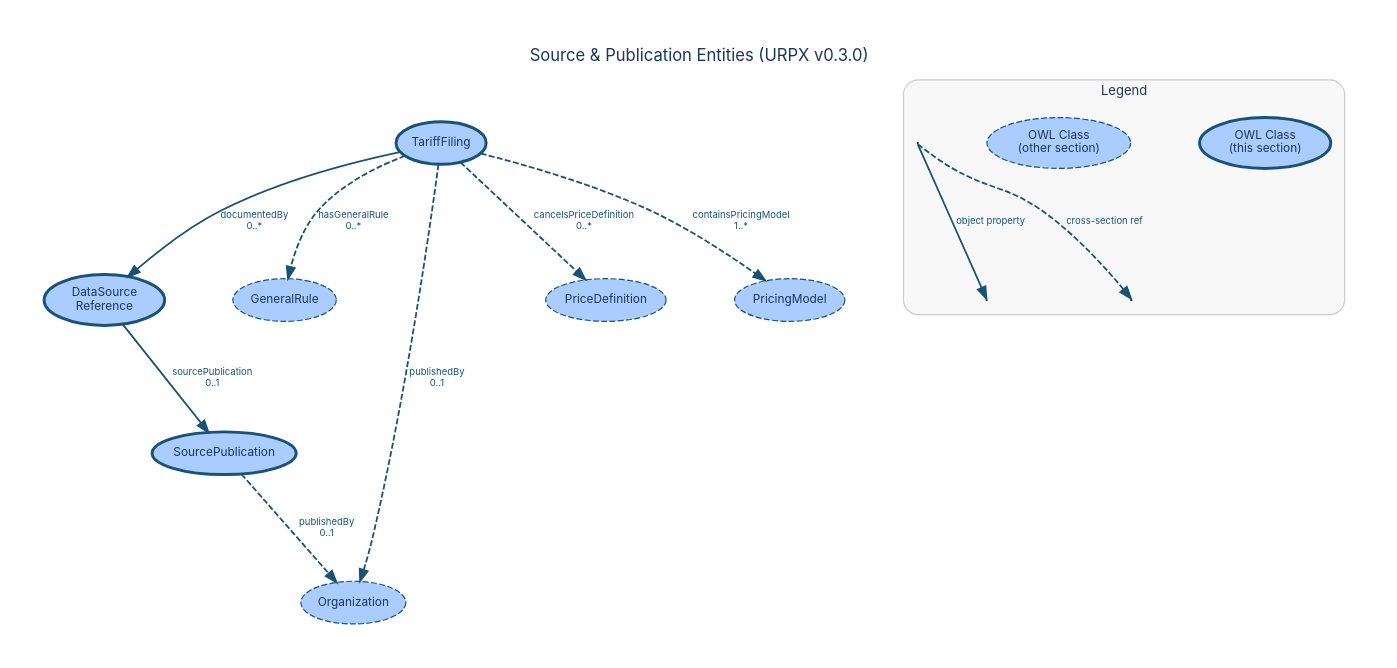
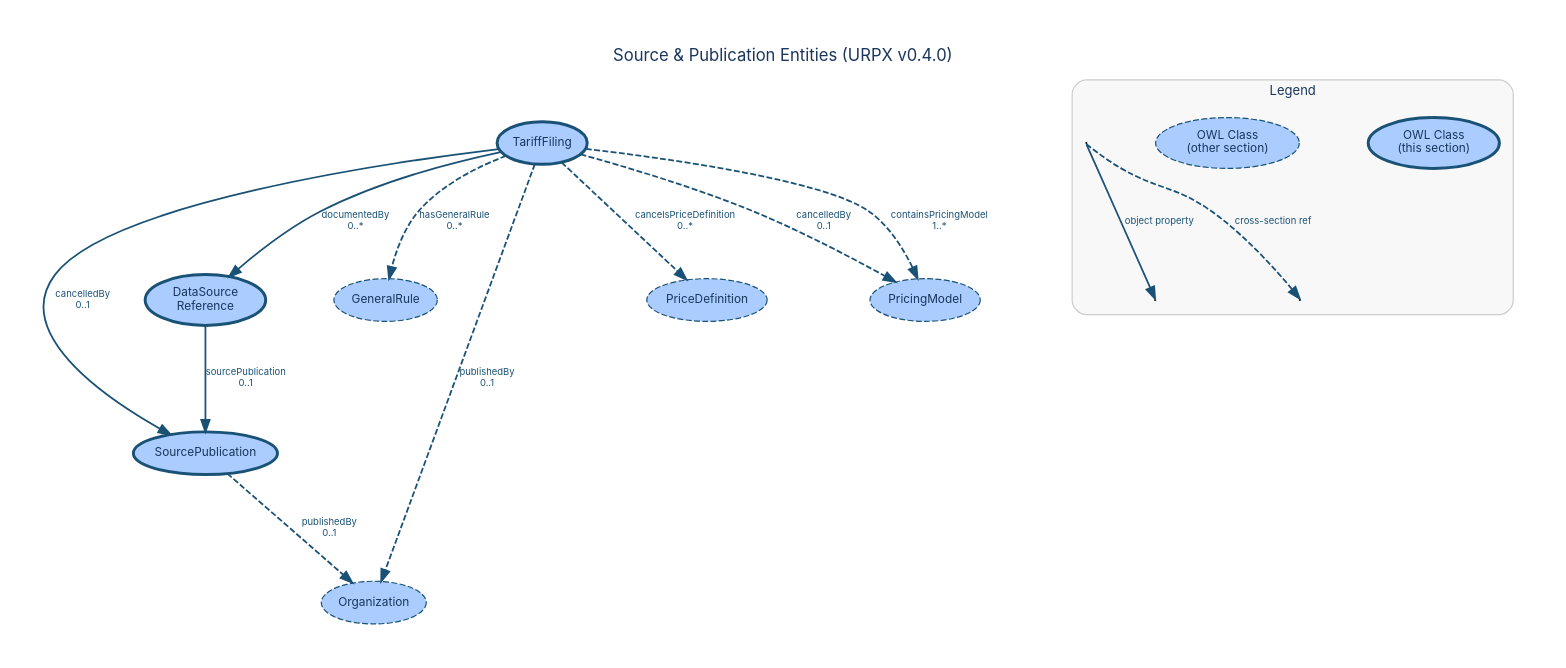
The diagram in documentation/diagrams/dictionary/source-publication-entities.dot (urpx-org/urpx), drawn with Graphviz before and after one commit. The commit also changed 28 other files, not shown here.

```diff
--- a/documentation/diagrams/dictionary/source-publication-entities.dot
+++ b/documentation/diagrams/dictionary/source-publication-entities.dot
@@ -1,89 +1,95 @@
 digraph "Source & Publication Entities" {
     rankdir=TB;
     bgcolor="white";
     pad=0.4;
     nodesep=0.8;
     ranksep=1.0;
     start=42;
     fontname="Inter, Helvetica, Arial, sans-serif";
-    label="Source & Publication Entities (URPX v0.3.0)";
+    label="Source & Publication Entities (URPX v0.4.0)";
     labelloc="t";
     fontsize=14;
     fontcolor="#1a365d";
     node [fontname="Inter, Helvetica, Arial, sans-serif", fontsize=10, style=filled, fontcolor="#1a365d"];
     edge [fontname="Inter, Helvetica, Arial, sans-serif", fontsize=8, fontcolor="#1a365d"];
 
     // Section classes
     SourcePublication [
         label="SourcePublication"
         shape=ellipse, fillcolor="#aaccff", color="#1a5276", penwidth=2.5
     ];
     TariffFiling [
         label="TariffFiling"
         shape=ellipse, fillcolor="#aaccff", color="#1a5276", penwidth=2.5
     ];
     DataSourceReference [
         label="DataSource\nReference"
         shape=ellipse, fillcolor="#aaccff", color="#1a5276", penwidth=2.5
     ];
 
     // Cross-section references
     GeneralRule [
         label="GeneralRule"
         shape=ellipse, fillcolor="#aaccff", color="#1a5276", penwidth=1, style="filled,dashed"
     ];
     Organization [
         label="Organization"
         shape=ellipse, fillcolor="#aaccff", color="#1a5276", penwidth=1, style="filled,dashed"
     ];
     PriceDefinition [
         label="PriceDefinition"
         shape=ellipse, fillcolor="#aaccff", color="#1a5276", penwidth=1, style="filled,dashed"
     ];
     PricingModel [
         label="PricingModel"
         shape=ellipse, fillcolor="#aaccff", color="#1a5276", penwidth=1, style="filled,dashed"
     ];
 
     // Object property edges
     SourcePublication -> Organization [
         label="publishedBy\n0..1", style=dashed, color="#1a5276", fontcolor="#1a5276", penwidth=1.5
     ];
+    TariffFiling -> PricingModel [
+        label="cancelledBy\n0..1", style=dashed, color="#1a5276", fontcolor="#1a5276", penwidth=1.5
+    ];
+    TariffFiling -> SourcePublication [
+        label="cancelledBy\n0..1", color="#1a5276", fontcolor="#1a5276", penwidth=1.5
+    ];
     TariffFiling -> PriceDefinition [
         label="cancelsPriceDefinition\n0..*", style=dashed, color="#1a5276", fontcolor="#1a5276", penwidth=1.5
     ];
     TariffFiling -> PricingModel [
         label="containsPricingModel\n1..*", style=dashed, color="#1a5276", fontcolor="#1a5276", penwidth=1.5
     ];
     TariffFiling -> DataSourceReference [
         label="documentedBy\n0..*", color="#1a5276", fontcolor="#1a5276", penwidth=1.5
     ];
     TariffFiling -> GeneralRule [
         label="hasGeneralRule\n0..*", style=dashed, color="#1a5276", fontcolor="#1a5276", penwidth=1.5
     ];
     TariffFiling -> Organization [
         label="publishedBy\n0..1", style=dashed, color="#1a5276", fontcolor="#1a5276", penwidth=1.5
     ];
     DataSourceReference -> SourcePublication [
         label="sourcePublication\n0..1", color="#1a5276", fontcolor="#1a5276", penwidth=1.5
     ];
 
     subgraph cluster_legend {
         label="Legend";
         fontname="Inter, Helvetica, Arial, sans-serif";
         fontsize=11;
         fontcolor="#1a365d";
         style=rounded;
         color="#cccccc";
         bgcolor="#f8f8f8";
         margin=12;
 
         leg_class [label="OWL Class\n(this section)", shape=ellipse, fillcolor="#aaccff", color="#1a5276", penwidth=2.5];
         leg_xref [label="OWL Class\n(other section)", shape=ellipse, fillcolor="#aaccff", color="#1a5276", penwidth=1, style="filled,dashed"];
         leg_src [label=" ", shape=point, width=0.01];
         leg_tgt1 [label=" ", shape=point, width=0.01];
         leg_src -> leg_tgt1 [label="object property", color="#1a5276", fontcolor="#1a5276", penwidth=1.5];
         leg_tgt2 [label=" ", shape=point, width=0.01];
         leg_src -> leg_tgt2 [label="cross-section ref", style=dashed, color="#1a5276", fontcolor="#1a5276", penwidth=1.5];
     }
 }
```
